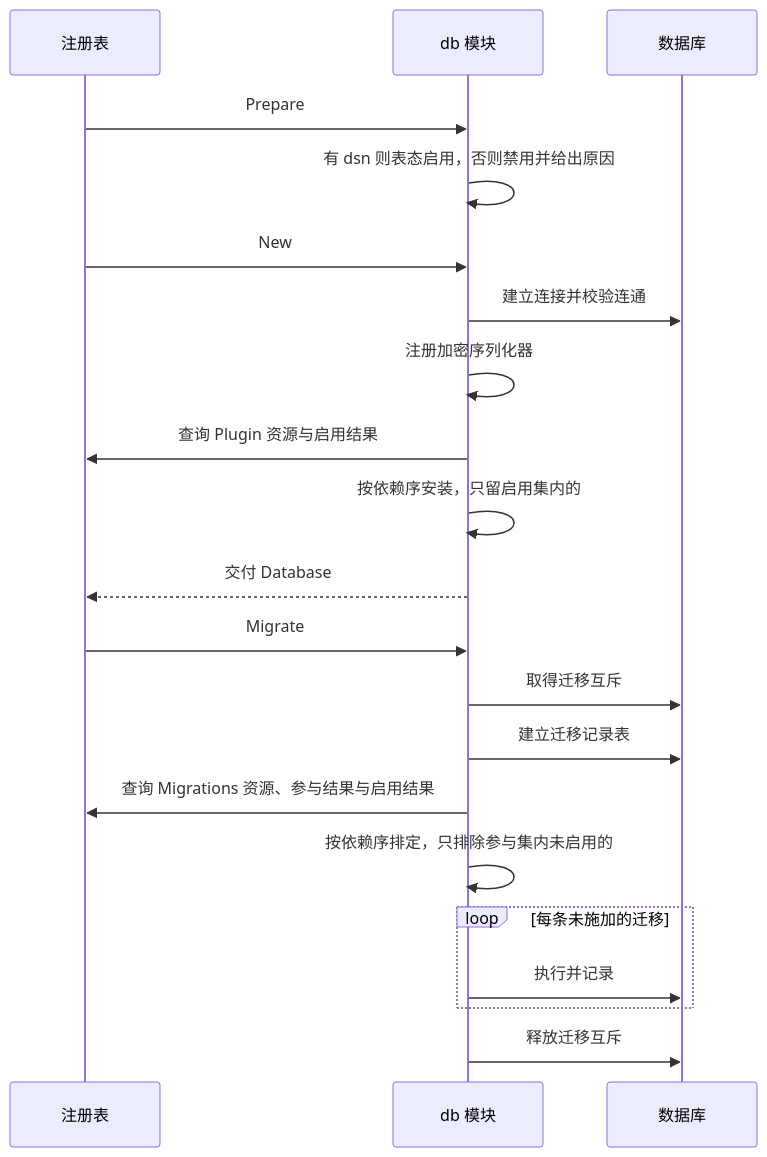
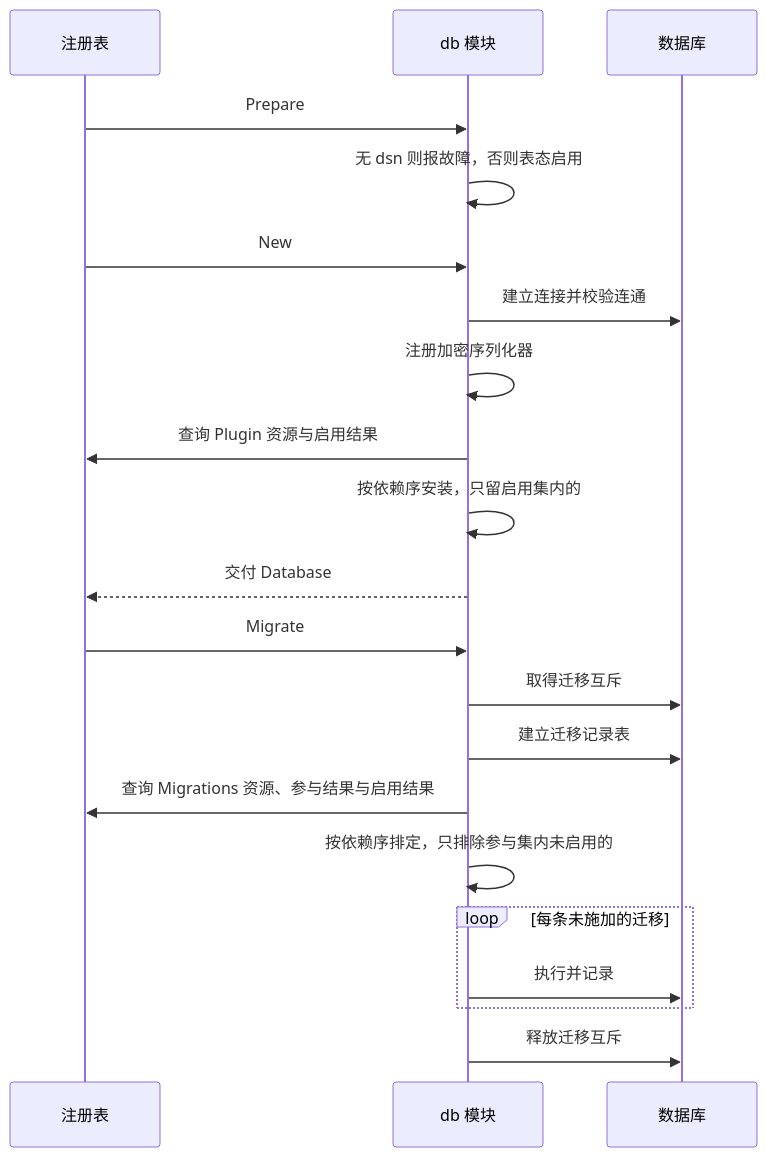
One commit to wangzw/speed changed the second of 2 diagrams in docs/design/modules/design-db.md. Above: the diagram before and after it, drawn with Mermaid. The commit also changed other lines of this file and 40 other files, not shown here.

````diff
--- a/docs/design/modules/design-db.md
+++ b/docs/design/modules/design-db.md
@@ -198,23 +198,23 @@
 ```mermaid
 sequenceDiagram
     participant R as 注册表
     participant D as db 模块
     participant G as 数据库
     R->>D: Prepare
-    D->>D: 有 dsn 则表态启用，否则禁用并给出原因
+    D->>D: 无 dsn 则报故障，否则表态启用
     R->>D: New
     D->>G: 建立连接并校验连通
     D->>D: 注册加密序列化器
     D->>R: 查询 Plugin 资源与启用结果
     D->>D: 按依赖序安装，只留启用集内的
     D-->>R: 交付 Database
     R->>D: Migrate
     D->>G: 取得迁移互斥
     D->>G: 建立迁移记录表
     D->>R: 查询 Migrations 资源、参与结果与启用结果
     D->>D: 按依赖序排定，只排除参与集内未启用的
     loop 每条未施加的迁移
         D->>G: 执行并记录
     end
     D->>G: 释放迁移互斥
 ```
````
